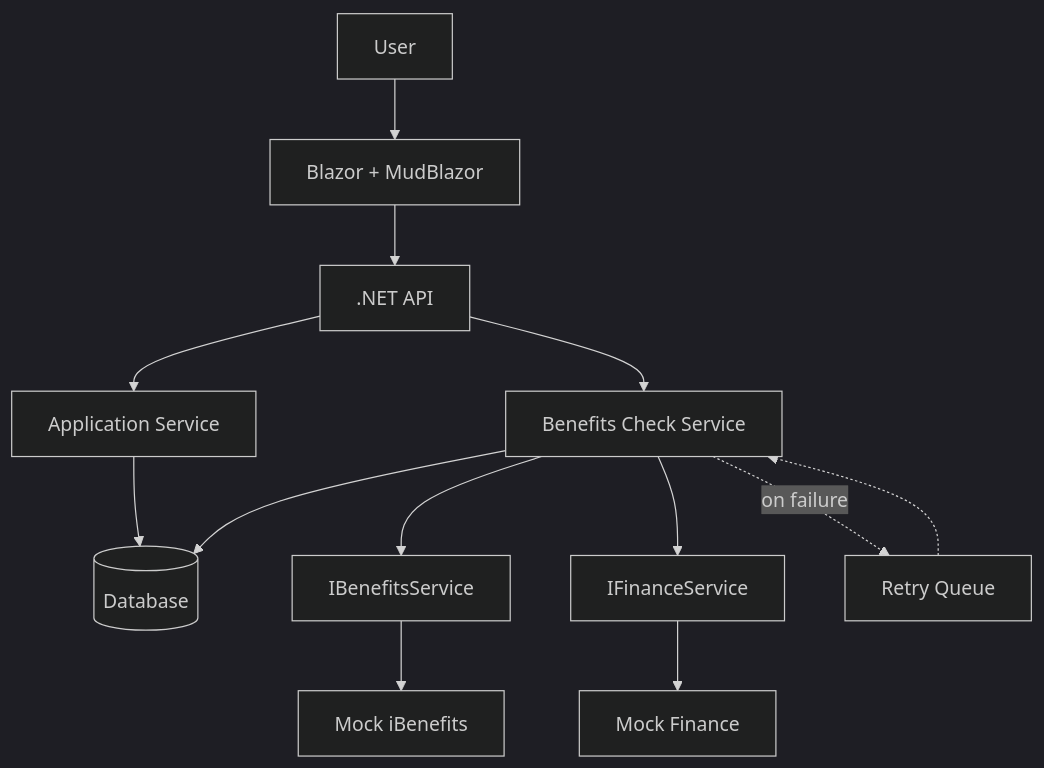
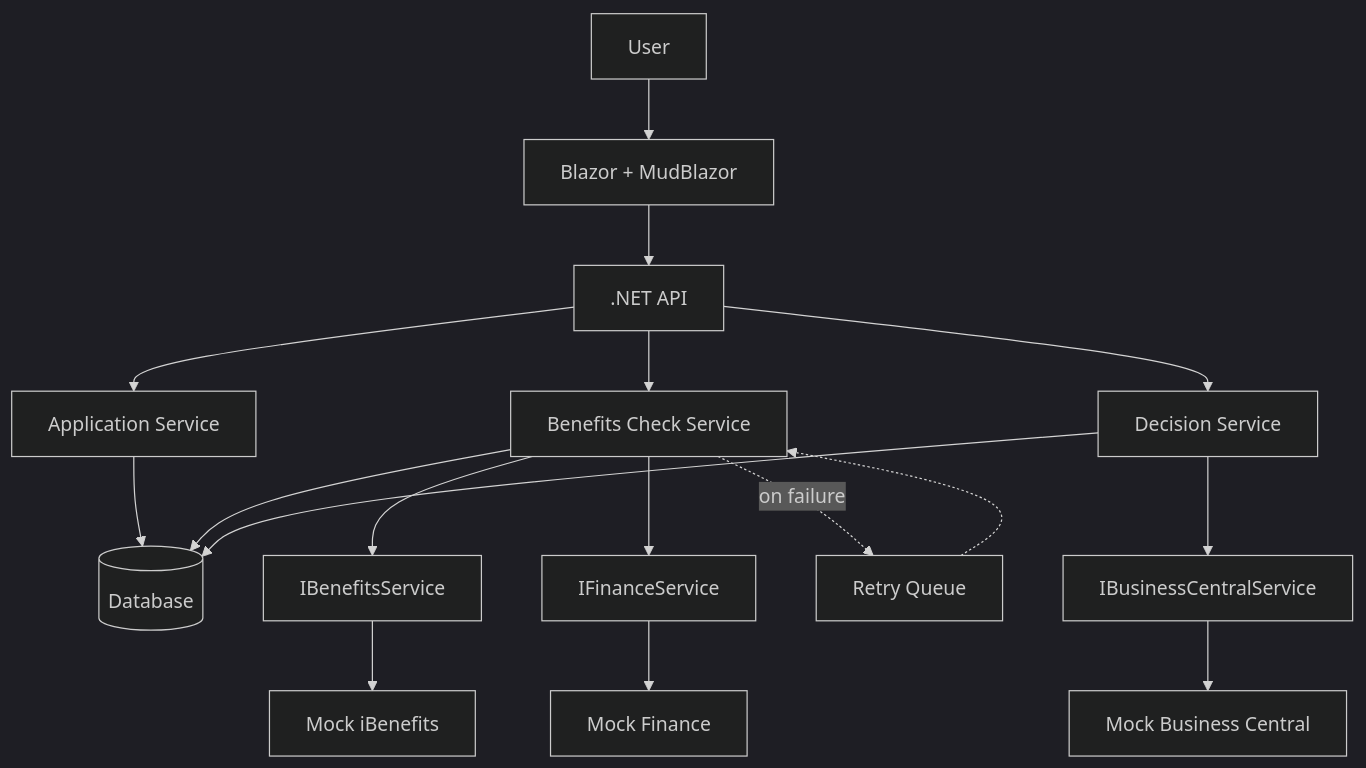
One commit to xavion-git/BenefitsStreamliner changed the first of 2 diagrams in README.md. Above: the diagram before and after it, drawn with Mermaid (dark theme). The commit also changed other lines of this file, not shown here.

````diff
--- a/README.md
+++ b/README.md
@@ -31,11 +33,14 @@
 ```mermaid
 flowchart TD
     U[User] --> B[Blazor + MudBlazor]
     B --> A[.NET API]
     A --> S[Application Service] --> DB[(Database)]
     A --> C[Benefits Check Service]
     C --> DB
     C --> I[IBenefitsService] --> M[Mock iBenefits]
     C --> F[IFinanceService] --> MF[Mock Finance]
     C -. on failure .-> R[Retry Queue] -.-> C
+    A --> D[Decision Service]
+    D --> DB
+    D --> BC[IBusinessCentralService] --> MBC[Mock Business Central]
 ```
````
